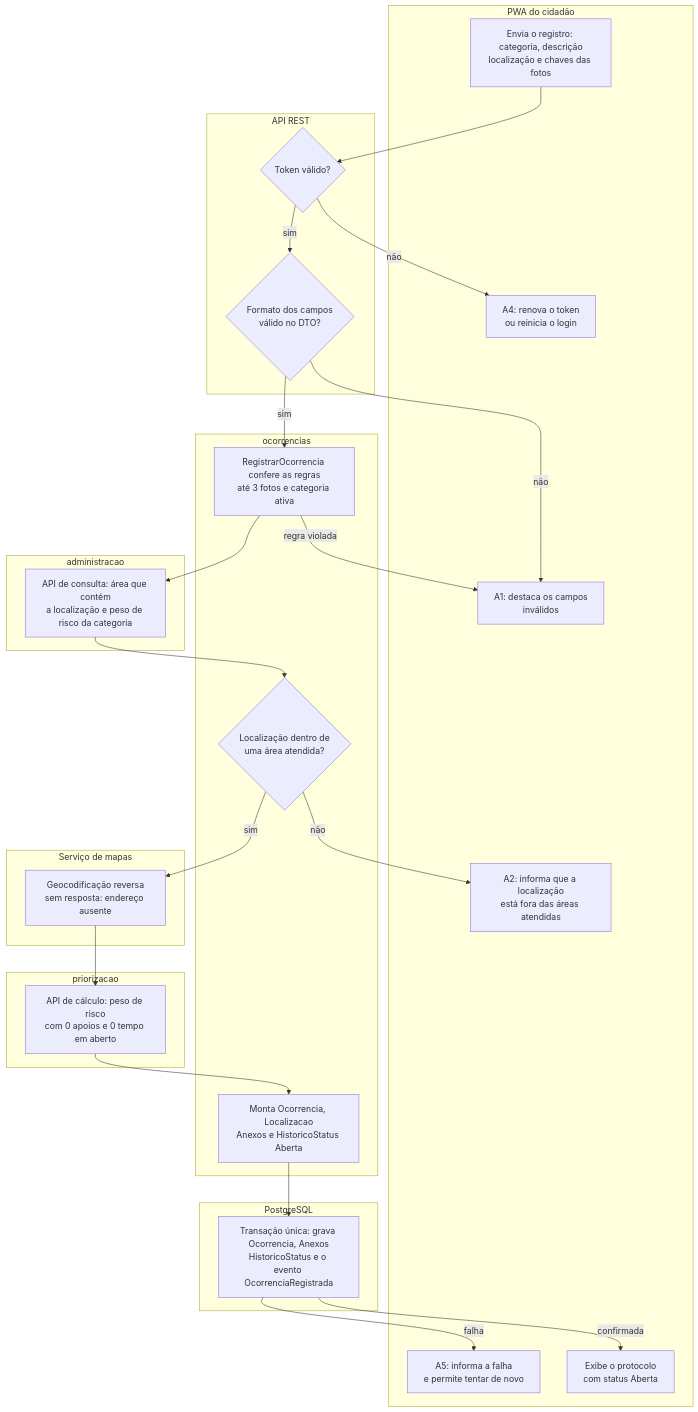
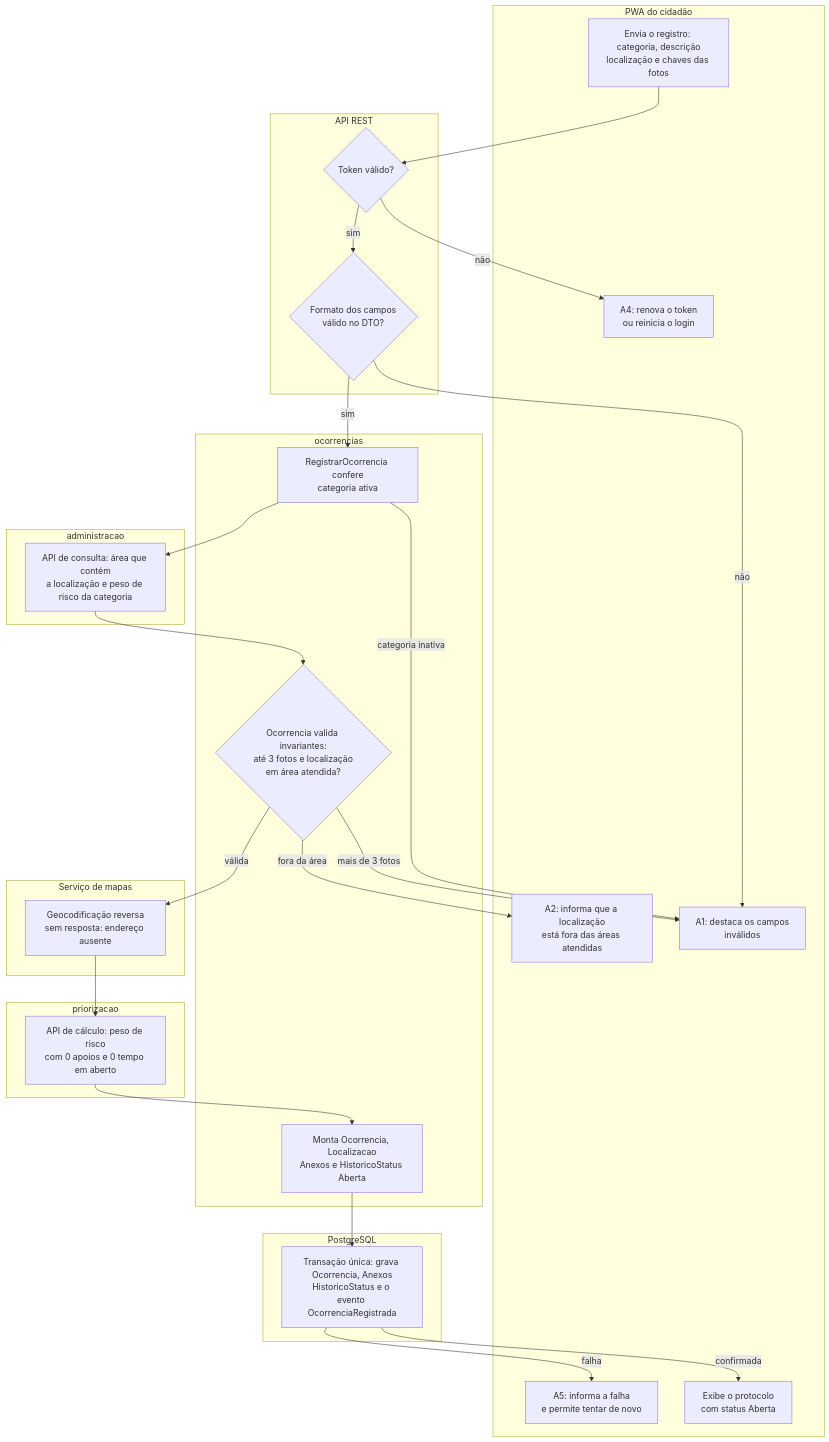
Before and after one commit to cuidarplus/cuidarplus-software-engineering: the second of 3 diagrams in docs/03-visoes-4mais1/03.3-visao-processo.md, drawn with Mermaid. The commit also changed other lines of this file and 9 other files, not shown here.

````diff
--- a/docs/03-visoes-4mais1/03.3-visao-processo.md
+++ b/docs/03-visoes-4mais1/03.3-visao-processo.md
@@ -81,47 +81,48 @@
 ```mermaid
 flowchart TB
     subgraph pwa["PWA do cidadão"]
         R1["Envia o registro: categoria, descrição<br/>localização e chaves das fotos"]
         F1["A4: renova o token<br/>ou reinicia o login"]
         F2["A1: destaca os campos<br/>inválidos"]
         F3["A2: informa que a localização<br/>está fora das áreas atendidas"]
         F4["A5: informa a falha<br/>e permite tentar de novo"]
         Fim["Exibe o protocolo<br/>com status Aberta"]
     end
     subgraph api["API REST"]
         V1{"Token válido?"}
         V2{"Formato dos campos<br/>válido no DTO?"}
     end
     subgraph oc["ocorrencias"]
-        C1["RegistrarOcorrencia confere as regras<br/>até 3 fotos e categoria ativa"]
-        C2{"Localização dentro de<br/>uma área atendida?"}
+        C1["RegistrarOcorrencia confere<br/>categoria ativa"]
+        C2{"Ocorrencia valida invariantes:<br/>até 3 fotos e localização<br/>em área atendida?"}
         C3["Monta Ocorrencia, Localizacao<br/>Anexos e HistoricoStatus Aberta"]
     end
     subgraph adm["administracao"]
         AD1["API de consulta: área que contém<br/>a localização e peso de risco da categoria"]
     end
     subgraph pri["priorizacao"]
         PR1["API de cálculo: peso de risco<br/>com 0 apoios e 0 tempo em aberto"]
     end
     subgraph map["Serviço de mapas"]
         M1["Geocodificação reversa<br/>sem resposta: endereço ausente"]
     end
     subgraph pg["PostgreSQL"]
         TX["Transação única: grava Ocorrencia, Anexos<br/>HistoricoStatus e o evento OcorrenciaRegistrada"]
     end
     R1 --> V1
     V1 -->|"não"| F1
     V1 -->|"sim"| V2
     V2 -->|"não"| F2
     V2 -->|"sim"| C1
-    C1 -->|"regra violada"| F2
+    C1 -->|"categoria inativa"| F2
     C1 --> AD1
     AD1 --> C2
-    C2 -->|"não"| F3
-    C2 -->|"sim"| M1
+    C2 -->|"mais de 3 fotos"| F2
+    C2 -->|"fora da área"| F3
+    C2 -->|"válida"| M1
     M1 --> PR1
     PR1 --> C3
     C3 --> TX
     TX -->|"confirmada"| Fim
     TX -->|"falha"| F4
 ```
````
